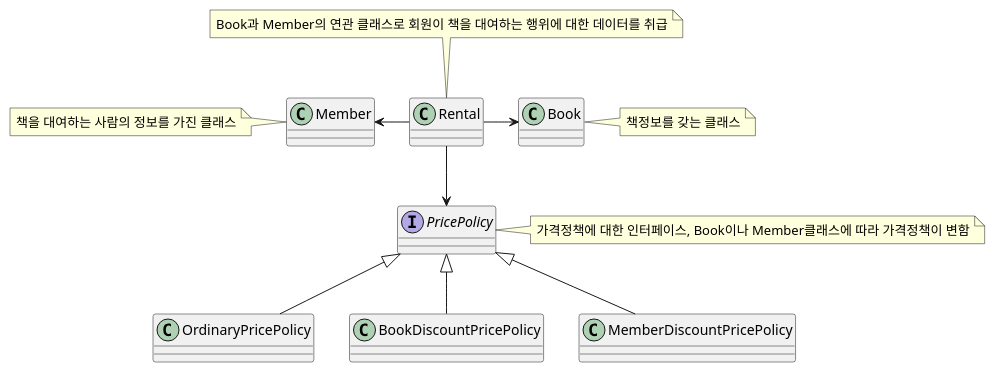
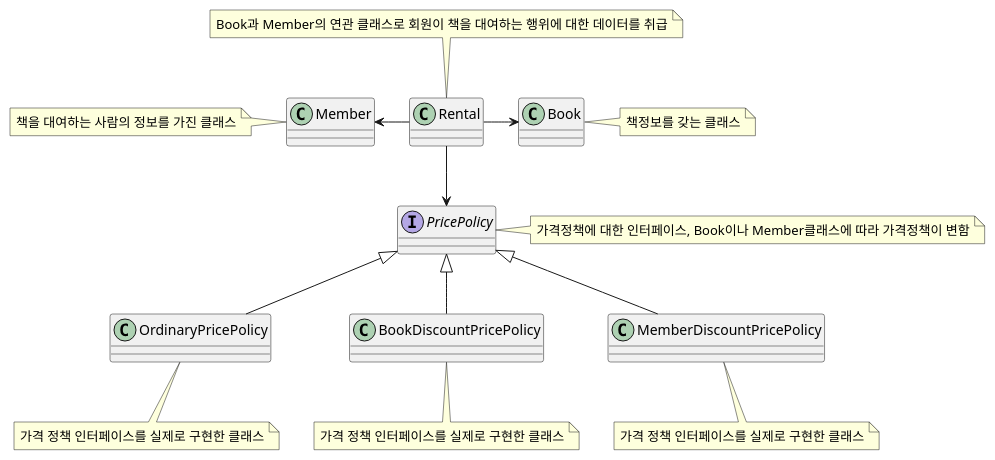
Before and after one commit to walbatrossw/java-design-patterns: the diagram in ch05-strategy-pattern/src/exercise/p04/p04.puml, drawn with PlantUML. The commit also changed 11 other files, not shown here.

```diff
--- a/ch05-strategy-pattern/src/exercise/p04/p04.puml
+++ b/ch05-strategy-pattern/src/exercise/p04/p04.puml
@@ -1,20 +1,23 @@
 @startuml
 class Member
 note left : 책을 대여하는 사람의 정보를 가진 클래스
 class Rental
 note top : Book과 Member의 연관 클래스로 회원이 책을 대여하는 행위에 대한 데이터를 취급
 class Book
 note right : 책정보를 갖는 클래스
 interface PricePolicy
 note right : 가격정책에 대한 인터페이스, Book이나 Member클래스에 따라 가격정책이 변함
 class OrdinaryPricePolicy
+note bottom : 가격 정책 인터페이스를 실제로 구현한 클래스
 class BookDiscountPricePolicy
+note bottom : 가격 정책 인터페이스를 실제로 구현한 클래스
 class MemberDiscountPricePolicy
+note bottom : 가격 정책 인터페이스를 실제로 구현한 클래스
 
 Member <- Rental
 Rental -> Book
 Rental --> PricePolicy
 PricePolicy <|-- OrdinaryPricePolicy
 PricePolicy <|-- BookDiscountPricePolicy
 PricePolicy <|-- MemberDiscountPricePolicy
 @enduml
```
